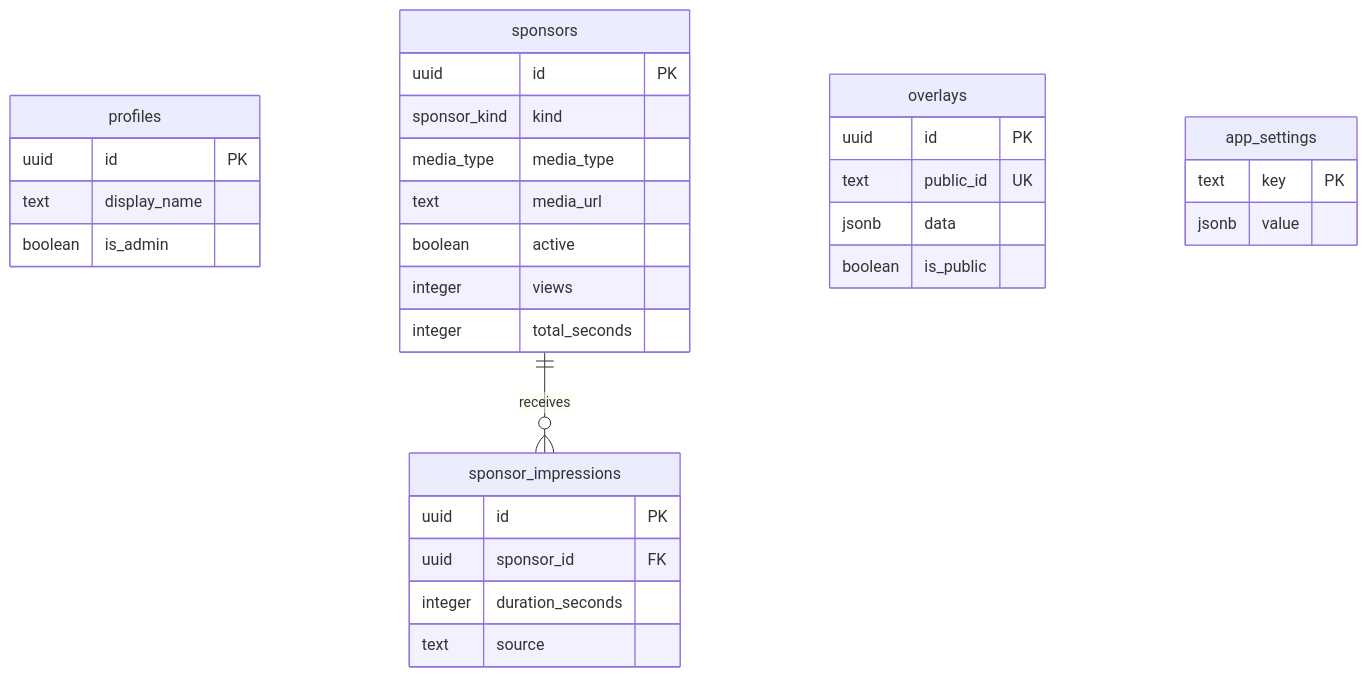
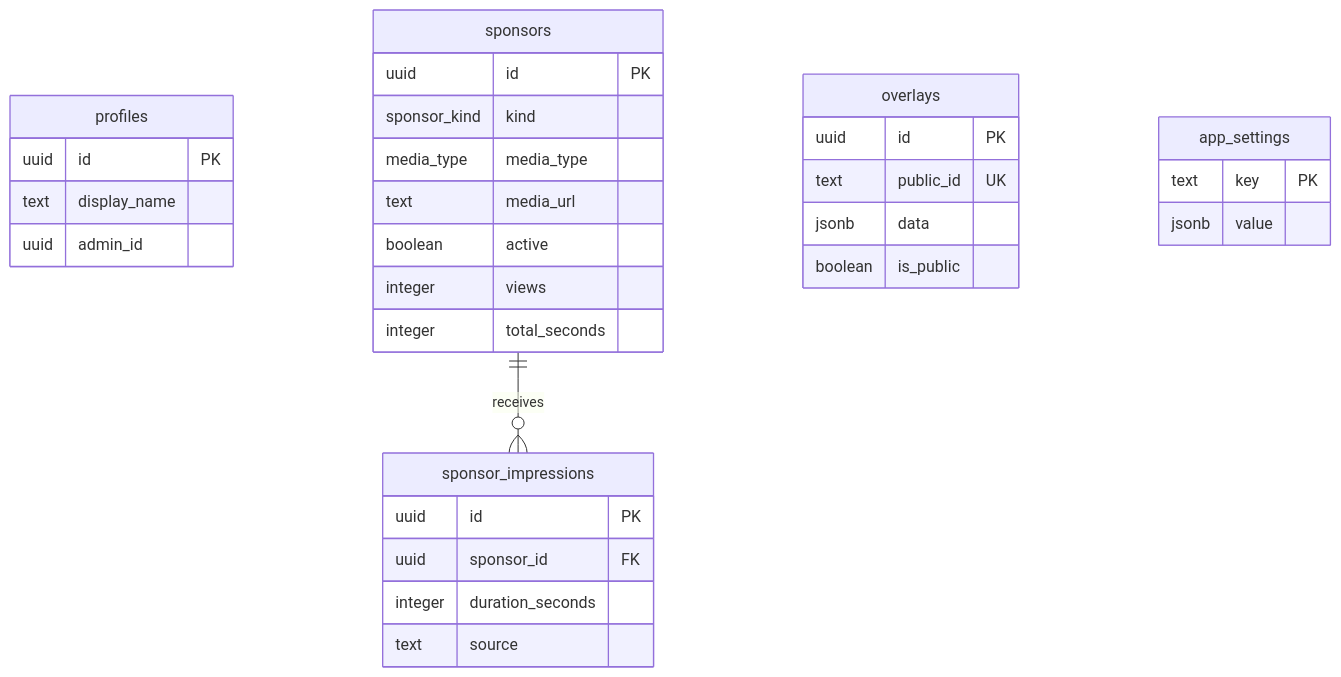
One commit to victorpessoa-dev/pascom-stream-view changed the first of 2 diagrams in docs/banco-de-dados.md. Above: the diagram before and after it, drawn with Mermaid. The commit also changed other lines of this file and 208 other files, not shown here.

````diff
--- a/docs/banco-de-dados.md
+++ b/docs/banco-de-dados.md
@@ -14,34 +16,34 @@
 ```mermaid
 erDiagram
   profiles {
     uuid id PK
     text display_name
-    boolean is_admin
+    uuid admin_id
   }
   sponsors {
     uuid id PK
     sponsor_kind kind
     media_type media_type
     text media_url
     boolean active
     integer views
     integer total_seconds
   }
   overlays {
     uuid id PK
     text public_id UK
     jsonb data
     boolean is_public
   }
   app_settings {
     text key PK
     jsonb value
   }
   sponsor_impressions {
     uuid id PK
     uuid sponsor_id FK
     integer duration_seconds
     text source
   }
   sponsors ||--o{ sponsor_impressions : receives
 ```
````
